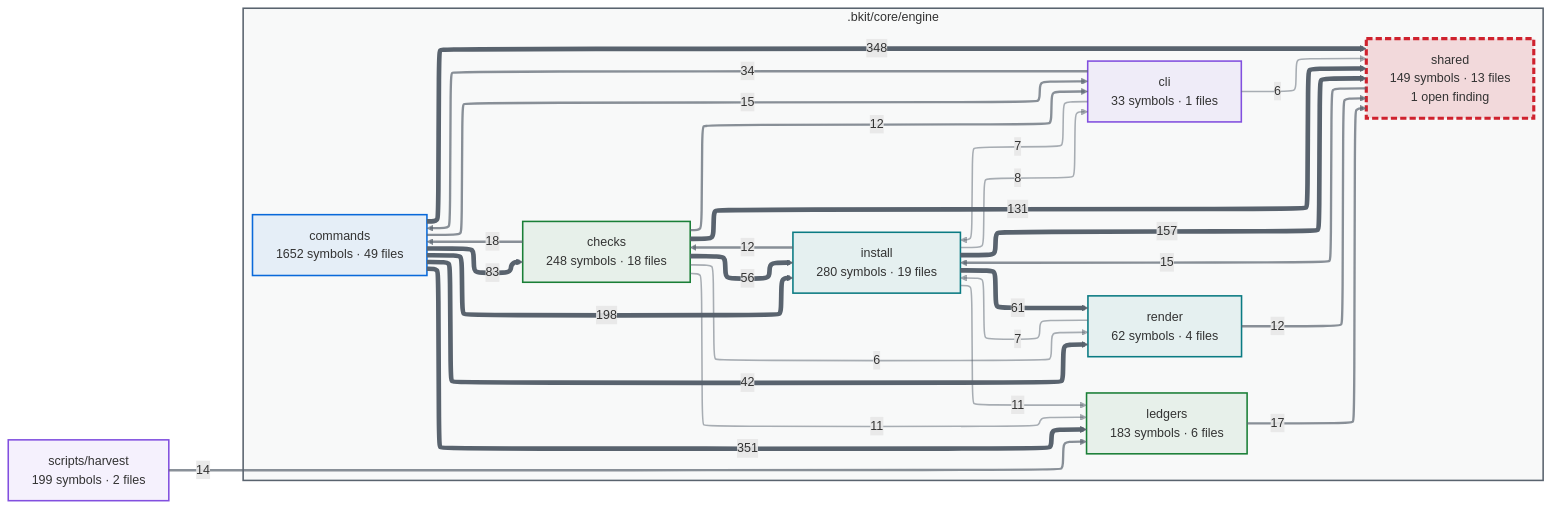
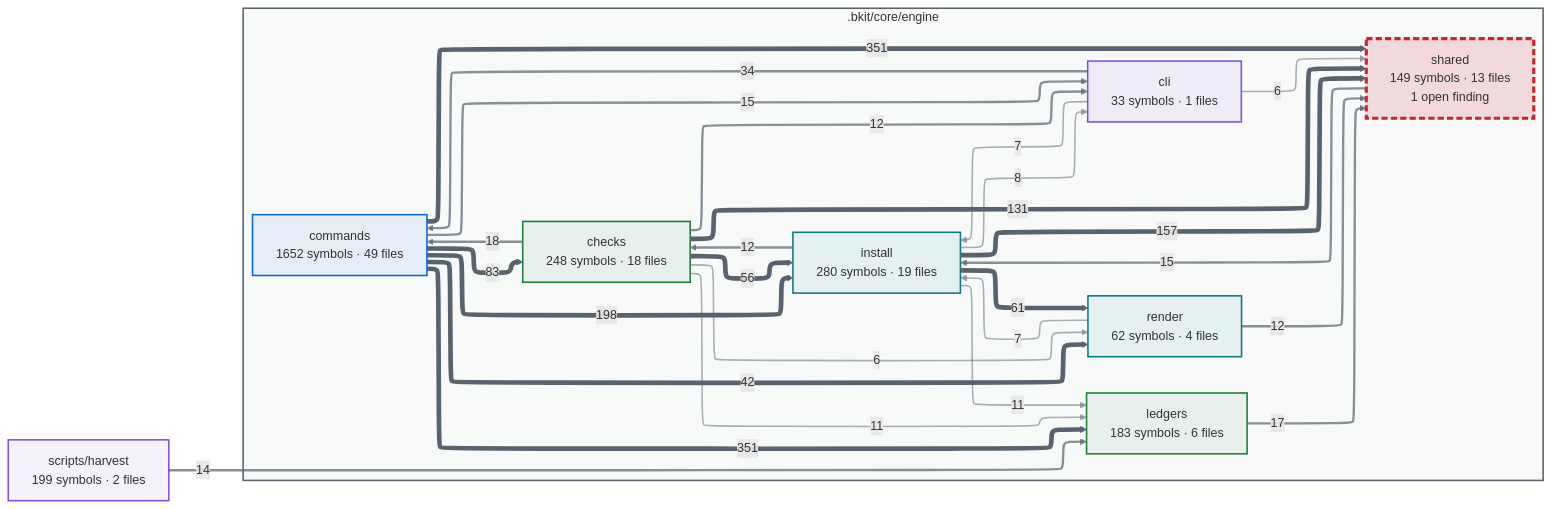
The first of 2 diagrams in docs/capabilities.md (cbartens/bkit), drawn with Mermaid before and after one commit. The commit also changed other lines of this file and 13 other files, not shown here.

````diff
--- a/docs/capabilities.md
+++ b/docs/capabilities.md
@@ -153,80 +153,80 @@
 ```mermaid
 ---
 config:
   layout: elk
   themeCSS: "marker { overflow: visible; } marker path { transform: scale(1.8); transform-origin: 5px 5px; }"
   flowchart:
     useMaxWidth: false
 ---
 flowchart LR
-  %% Generated by bkit-graphify-rollup.py from 904f900e026931020d728afe2414a01e513c93e0 — do not edit
+  %% Generated by bkit-graphify-rollup.py from 30e71585ea04fb206ff3661d0d6ef35c418c93f2 — do not edit
   subgraph gn_bkit_core_engine[".bkit/core/engine"]
     n_bkit_core_engine_checks["checks<br/>248 symbols · 18 files"]
     n_bkit_core_engine_cli["cli<br/>33 symbols · 1 files"]
     n_bkit_core_engine_commands["commands<br/>1652 symbols · 49 files"]
     n_bkit_core_engine_install["install<br/>280 symbols · 19 files"]
     n_bkit_core_engine_ledgers["ledgers<br/>183 symbols · 6 files"]
     n_bkit_core_engine_render["render<br/>62 symbols · 4 files"]
     n_bkit_core_engine_shared["shared<br/>149 symbols · 13 files<br/>1 open finding"]
   end
   nscripts_harvest["scripts/harvest<br/>199 symbols · 2 files"]
   n_bkit_core_engine_commands -->|351| n_bkit_core_engine_ledgers
-  n_bkit_core_engine_commands -->|348| n_bkit_core_engine_shared
+  n_bkit_core_engine_commands -->|351| n_bkit_core_engine_shared
   n_bkit_core_engine_commands -->|198| n_bkit_core_engine_install
   n_bkit_core_engine_install -->|157| n_bkit_core_engine_shared
   n_bkit_core_engine_checks -->|131| n_bkit_core_engine_shared
   n_bkit_core_engine_commands -->|83| n_bkit_core_engine_checks
   n_bkit_core_engine_install -->|61| n_bkit_core_engine_render
   n_bkit_core_engine_checks -->|56| n_bkit_core_engine_install
   n_bkit_core_engine_commands -->|42| n_bkit_core_engine_render
   n_bkit_core_engine_cli -->|34| n_bkit_core_engine_commands
   n_bkit_core_engine_checks -->|18| n_bkit_core_engine_commands
   n_bkit_core_engine_ledgers -->|17| n_bkit_core_engine_shared
   n_bkit_core_engine_shared -->|15| n_bkit_core_engine_install
   n_bkit_core_engine_commands -->|15| n_bkit_core_engine_cli
   nscripts_harvest -->|14| n_bkit_core_engine_ledgers
   n_bkit_core_engine_install -->|12| n_bkit_core_engine_checks
   n_bkit_core_engine_checks -->|12| n_bkit_core_engine_cli
   n_bkit_core_engine_render -->|12| n_bkit_core_engine_shared
   n_bkit_core_engine_checks -->|11| n_bkit_core_engine_ledgers
   n_bkit_core_engine_install -->|11| n_bkit_core_engine_ledgers
   n_bkit_core_engine_install -->|8| n_bkit_core_engine_cli
   n_bkit_core_engine_cli -->|7| n_bkit_core_engine_install
   n_bkit_core_engine_render -->|7| n_bkit_core_engine_install
   n_bkit_core_engine_checks -->|6| n_bkit_core_engine_render
   n_bkit_core_engine_cli -->|6| n_bkit_core_engine_shared
   style gn_bkit_core_engine fill:#59636e0a,stroke:#59636e,stroke-width:2px
   style n_bkit_core_engine_checks stroke:#1a7f37,stroke-width:2px,fill:#1a7f3714
   style n_bkit_core_engine_cli stroke:#8250df,stroke-width:2px,fill:#8250df14
   style n_bkit_core_engine_commands stroke:#0969da,stroke-width:2px,fill:#0969da14
   style n_bkit_core_engine_install stroke:#0a7b83,stroke-width:2px,fill:#0a7b8314
   style n_bkit_core_engine_ledgers stroke:#1a7f37,stroke-width:2px,fill:#1a7f3714
   style n_bkit_core_engine_render stroke:#0a7b83,stroke-width:2px,fill:#0a7b8314
   style n_bkit_core_engine_shared stroke:#cf222e,stroke-width:4px,stroke-dasharray:8 4,fill:#cf222e26
   style nscripts_harvest stroke:#8250df,stroke-width:2px,fill:#8250df14
   linkStyle 0 stroke:#59636e,stroke-width:6px
   linkStyle 1 stroke:#59636e,stroke-width:6px
   linkStyle 2 stroke:#59636e,stroke-width:6px
   linkStyle 3 stroke:#59636e,stroke-width:6px
   linkStyle 4 stroke:#59636e,stroke-width:6px
   linkStyle 5 stroke:#59636e,stroke-width:6px
   linkStyle 6 stroke:#59636e,stroke-width:6px
   linkStyle 7 stroke:#59636e,stroke-width:6px
   linkStyle 8 stroke:#59636e,stroke-width:6px
   linkStyle 9 stroke:#59636eb3,stroke-width:3px
   linkStyle 10 stroke:#59636eb3,stroke-width:3px
   linkStyle 11 stroke:#59636eb3,stroke-width:3px
   linkStyle 12 stroke:#59636eb3,stroke-width:3px
   linkStyle 13 stroke:#59636eb3,stroke-width:3px
   linkStyle 14 stroke:#59636eb3,stroke-width:3px
   linkStyle 15 stroke:#59636eb3,stroke-width:3px
   linkStyle 16 stroke:#59636eb3,stroke-width:3px
   linkStyle 17 stroke:#59636eb3,stroke-width:3px
   linkStyle 18 stroke:#59636e80,stroke-width:2px
   linkStyle 19 stroke:#59636e80,stroke-width:2px
   linkStyle 20 stroke:#59636e80,stroke-width:2px
   linkStyle 21 stroke:#59636e80,stroke-width:2px
   linkStyle 22 stroke:#59636e80,stroke-width:2px
   linkStyle 23 stroke:#59636e80,stroke-width:2px
   linkStyle 24 stroke:#59636e80,stroke-width:2px
 ```
````
